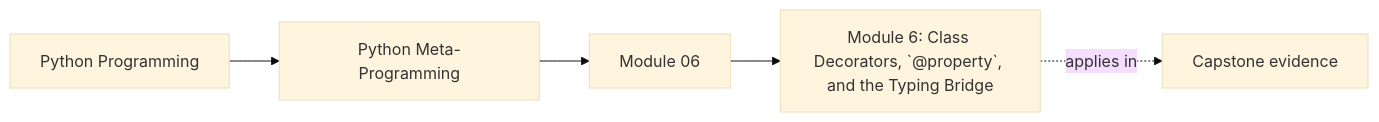
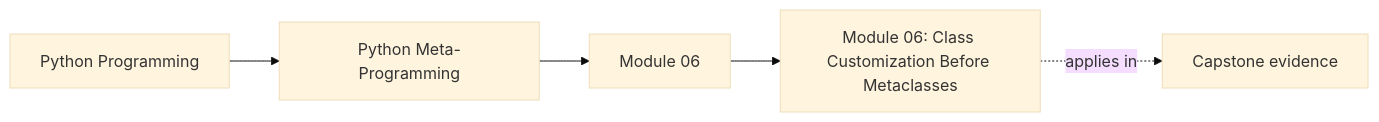
One commit to bijux/bijux-masterclass changed the first of 8 diagrams in programs/python-programming/python-meta-programming/course-book/module-06-class-customization-before-metaclasses/index.md. Above: the diagram before and after it, drawn with Mermaid (base theme). The commit also changed other lines of this file and 11 other files, not shown here.

````diff
--- a/programs/python-programming/python-meta-programming/course-book/module-06-class-customization-before-metaclasses/index.md
+++ b/programs/python-programming/python-meta-programming/course-book/module-06-class-customization-before-metaclasses/index.md
@@ -8,11 +8,11 @@
 ```mermaid
 graph LR
   family["Python Programming"]
   program["Python Meta-Programming"]
   section["Module 06"]
-  page["Module 6: Class Decorators, `@property`, and the Typing Bridge"]
+  page["Module 06: Class Customization Before Metaclasses"]
   capstone["Capstone evidence"]
 
   family --> program --> section --> page
   page -.applies in.-> capstone
 ```
````
